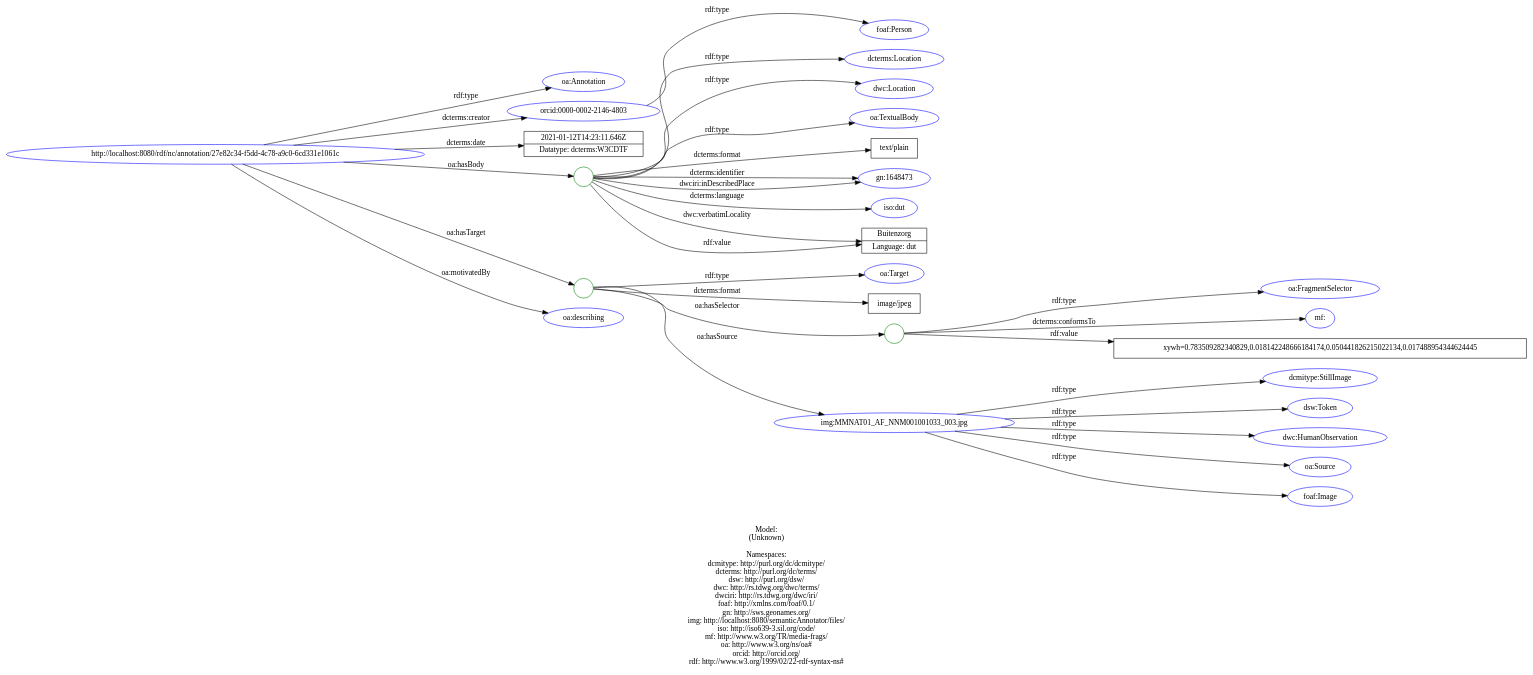
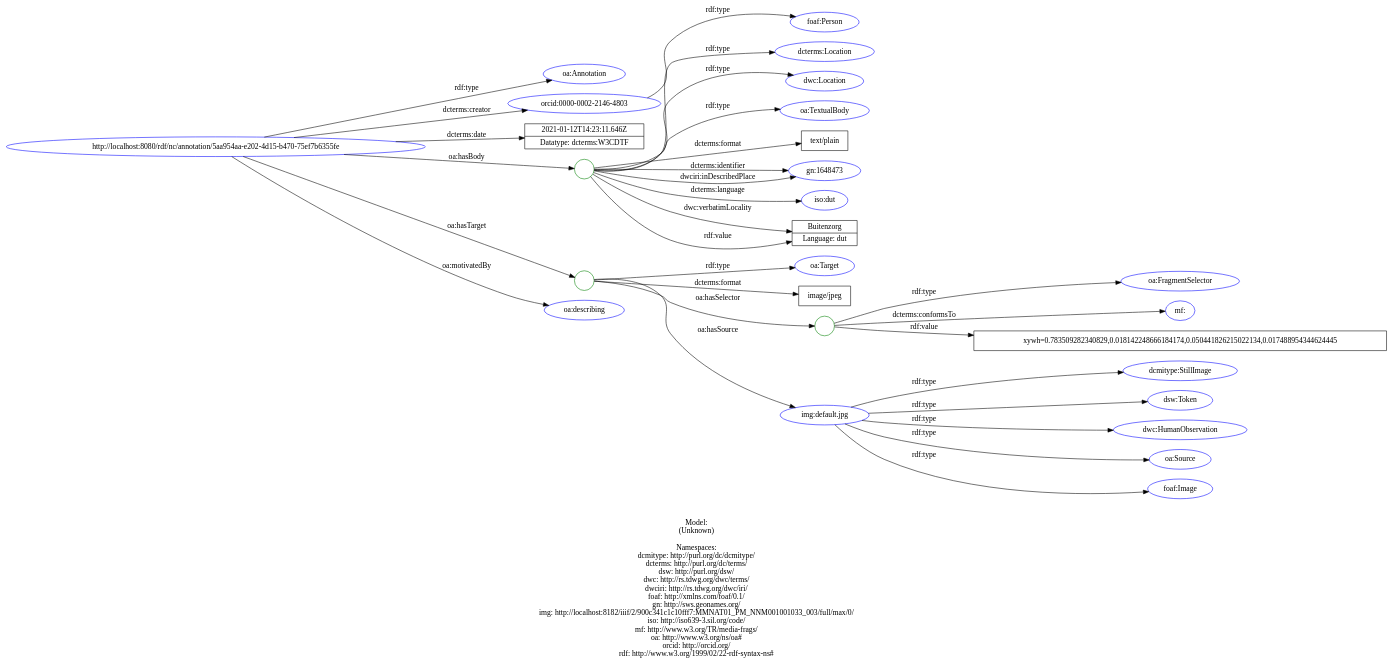
One commit to lisestork/SFB-Annotator changed the diagram in doc/models/example_3_1.dot. Above: the diagram before and after it, drawn with Graphviz. The commit also changed 23 other files, not shown here.

Commit message:
Update RDF graphs & SVG plots.

```diff
--- a/doc/models/example_3_1.dot
+++ b/doc/models/example_3_1.dot
@@ -1,68 +1,68 @@
 digraph {
 	rankdir = LR;
 	charset="utf-8";
 
-	"Rhttp://localhost:8080/rdf/nc/annotation/27e82c34-f5dd-4c78-a9c0-6cd331e1061c" -> "Roa:Annotation" [ label="rdf:type" ];
-	"Rhttp://localhost:8080/rdf/nc/annotation/27e82c34-f5dd-4c78-a9c0-6cd331e1061c" -> "Rorcid:0000-0002-2146-4803" [ label="dcterms:creator" ];
-	"Rhttp://localhost:8080/rdf/nc/annotation/27e82c34-f5dd-4c78-a9c0-6cd331e1061c" -> "L2021-01-12T14:23:11.646Z|Datatype: dcterms:W3CDTF" [ label="dcterms:date" ];
-	"Rhttp://localhost:8080/rdf/nc/annotation/27e82c34-f5dd-4c78-a9c0-6cd331e1061c" -> "B_:node1f0go8rutx13" [ label="oa:hasBody" ];
-	"B_:node1f0go8rutx13" -> "Rdcterms:Location" [ label="rdf:type" ];
-	"B_:node1f0go8rutx13" -> "Rdwc:Location" [ label="rdf:type" ];
-	"B_:node1f0go8rutx13" -> "Roa:TextualBody" [ label="rdf:type" ];
-	"B_:node1f0go8rutx13" -> "Ltext/plain" [ label="dcterms:format" ];
-	"B_:node1f0go8rutx13" -> "Rgn:1648473" [ label="dcterms:identifier" ];
-	"B_:node1f0go8rutx13" -> "Riso:dut" [ label="dcterms:language" ];
-	"B_:node1f0go8rutx13" -> "Rgn:1648473" [ label="dwciri:inDescribedPlace" ];
-	"B_:node1f0go8rutx13" -> "LBuitenzorg|Language: dut" [ label="dwc:verbatimLocality" ];
-	"B_:node1f0go8rutx13" -> "LBuitenzorg|Language: dut" [ label="rdf:value" ];
-	"Rhttp://localhost:8080/rdf/nc/annotation/27e82c34-f5dd-4c78-a9c0-6cd331e1061c" -> "B_:node1f0go8rutx12" [ label="oa:hasTarget" ];
-	"B_:node1f0go8rutx12" -> "Roa:Target" [ label="rdf:type" ];
-	"B_:node1f0go8rutx12" -> "Limage/jpeg" [ label="dcterms:format" ];
-	"B_:node1f0go8rutx12" -> "B_:node1f0go8rutx15" [ label="oa:hasSelector" ];
-	"B_:node1f0go8rutx15" -> "Roa:FragmentSelector" [ label="rdf:type" ];
-	"B_:node1f0go8rutx15" -> "Rmf:" [ label="dcterms:conformsTo" ];
-	"B_:node1f0go8rutx15" -> "Lxywh=0.783509282340829,0.018142248666184174,0.050441826215022134,0.017488954344624445" [ label="rdf:value" ];
-	"B_:node1f0go8rutx12" -> "Rimg:MMNAT01_AF_NNM001001033_003.jpg" [ label="oa:hasSource" ];
-	"Rhttp://localhost:8080/rdf/nc/annotation/27e82c34-f5dd-4c78-a9c0-6cd331e1061c" -> "Roa:describing" [ label="oa:motivatedBy" ];
+	"Rhttp://localhost:8080/rdf/nc/annotation/5aa954aa-e202-4d15-b470-75ef7b6355fe" -> "Roa:Annotation" [ label="rdf:type" ];
+	"Rhttp://localhost:8080/rdf/nc/annotation/5aa954aa-e202-4d15-b470-75ef7b6355fe" -> "Rorcid:0000-0002-2146-4803" [ label="dcterms:creator" ];
+	"Rhttp://localhost:8080/rdf/nc/annotation/5aa954aa-e202-4d15-b470-75ef7b6355fe" -> "L2021-01-12T14:23:11.646Z|Datatype: dcterms:W3CDTF" [ label="dcterms:date" ];
+	"Rhttp://localhost:8080/rdf/nc/annotation/5aa954aa-e202-4d15-b470-75ef7b6355fe" -> "B_:node1f0gq2gelx56" [ label="oa:hasBody" ];
+	"B_:node1f0gq2gelx56" -> "Rdcterms:Location" [ label="rdf:type" ];
+	"B_:node1f0gq2gelx56" -> "Rdwc:Location" [ label="rdf:type" ];
+	"B_:node1f0gq2gelx56" -> "Roa:TextualBody" [ label="rdf:type" ];
+	"B_:node1f0gq2gelx56" -> "Ltext/plain" [ label="dcterms:format" ];
+	"B_:node1f0gq2gelx56" -> "Rgn:1648473" [ label="dcterms:identifier" ];
+	"B_:node1f0gq2gelx56" -> "Riso:dut" [ label="dcterms:language" ];
+	"B_:node1f0gq2gelx56" -> "Rgn:1648473" [ label="dwciri:inDescribedPlace" ];
+	"B_:node1f0gq2gelx56" -> "LBuitenzorg|Language: dut" [ label="dwc:verbatimLocality" ];
+	"B_:node1f0gq2gelx56" -> "LBuitenzorg|Language: dut" [ label="rdf:value" ];
+	"Rhttp://localhost:8080/rdf/nc/annotation/5aa954aa-e202-4d15-b470-75ef7b6355fe" -> "B_:node1f0gq2gelx55" [ label="oa:hasTarget" ];
+	"B_:node1f0gq2gelx55" -> "Roa:Target" [ label="rdf:type" ];
+	"B_:node1f0gq2gelx55" -> "Limage/jpeg" [ label="dcterms:format" ];
+	"B_:node1f0gq2gelx55" -> "B_:node1f0gq2gelx58" [ label="oa:hasSelector" ];
+	"B_:node1f0gq2gelx58" -> "Roa:FragmentSelector" [ label="rdf:type" ];
+	"B_:node1f0gq2gelx58" -> "Rmf:" [ label="dcterms:conformsTo" ];
+	"B_:node1f0gq2gelx58" -> "Lxywh=0.783509282340829,0.018142248666184174,0.050441826215022134,0.017488954344624445" [ label="rdf:value" ];
+	"B_:node1f0gq2gelx55" -> "Rimg:default.jpg" [ label="oa:hasSource" ];
+	"Rhttp://localhost:8080/rdf/nc/annotation/5aa954aa-e202-4d15-b470-75ef7b6355fe" -> "Roa:describing" [ label="oa:motivatedBy" ];
 	"Rorcid:0000-0002-2146-4803" -> "Rfoaf:Person" [ label="rdf:type" ];
-	"Rimg:MMNAT01_AF_NNM001001033_003.jpg" -> "Rdcmitype:StillImage" [ label="rdf:type" ];
-	"Rimg:MMNAT01_AF_NNM001001033_003.jpg" -> "Rdsw:Token" [ label="rdf:type" ];
-	"Rimg:MMNAT01_AF_NNM001001033_003.jpg" -> "Rdwc:HumanObservation" [ label="rdf:type" ];
-	"Rimg:MMNAT01_AF_NNM001001033_003.jpg" -> "Roa:Source" [ label="rdf:type" ];
-	"Rimg:MMNAT01_AF_NNM001001033_003.jpg" -> "Rfoaf:Image" [ label="rdf:type" ];
+	"Rimg:default.jpg" -> "Rdcmitype:StillImage" [ label="rdf:type" ];
+	"Rimg:default.jpg" -> "Rdsw:Token" [ label="rdf:type" ];
+	"Rimg:default.jpg" -> "Rdwc:HumanObservation" [ label="rdf:type" ];
+	"Rimg:default.jpg" -> "Roa:Source" [ label="rdf:type" ];
+	"Rimg:default.jpg" -> "Rfoaf:Image" [ label="rdf:type" ];
 
 	// Resources
-	"Rhttp://localhost:8080/rdf/nc/annotation/27e82c34-f5dd-4c78-a9c0-6cd331e1061c" [ label="http://localhost:8080/rdf/nc/annotation/27e82c34-f5dd-4c78-a9c0-6cd331e1061c", shape = ellipse, color = blue ];
+	"Rhttp://localhost:8080/rdf/nc/annotation/5aa954aa-e202-4d15-b470-75ef7b6355fe" [ label="http://localhost:8080/rdf/nc/annotation/5aa954aa-e202-4d15-b470-75ef7b6355fe", shape = ellipse, color = blue ];
 	"Roa:Annotation" [ label="oa:Annotation", shape = ellipse, color = blue ];
 	"Rorcid:0000-0002-2146-4803" [ label="orcid:0000-0002-2146-4803", shape = ellipse, color = blue ];
 	"Rdcterms:Location" [ label="dcterms:Location", shape = ellipse, color = blue ];
 	"Rdwc:Location" [ label="dwc:Location", shape = ellipse, color = blue ];
 	"Roa:TextualBody" [ label="oa:TextualBody", shape = ellipse, color = blue ];
 	"Rgn:1648473" [ label="gn:1648473", shape = ellipse, color = blue ];
 	"Riso:dut" [ label="iso:dut", shape = ellipse, color = blue ];
 	"Roa:Target" [ label="oa:Target", shape = ellipse, color = blue ];
 	"Roa:FragmentSelector" [ label="oa:FragmentSelector", shape = ellipse, color = blue ];
 	"Rmf:" [ label="mf:", shape = ellipse, color = blue ];
-	"Rimg:MMNAT01_AF_NNM001001033_003.jpg" [ label="img:MMNAT01_AF_NNM001001033_003.jpg", shape = ellipse, color = blue ];
+	"Rimg:default.jpg" [ label="img:default.jpg", shape = ellipse, color = blue ];
 	"Roa:describing" [ label="oa:describing", shape = ellipse, color = blue ];
 	"Rfoaf:Person" [ label="foaf:Person", shape = ellipse, color = blue ];
 	"Rdcmitype:StillImage" [ label="dcmitype:StillImage", shape = ellipse, color = blue ];
 	"Rdsw:Token" [ label="dsw:Token", shape = ellipse, color = blue ];
 	"Rdwc:HumanObservation" [ label="dwc:HumanObservation", shape = ellipse, color = blue ];
 	"Roa:Source" [ label="oa:Source", shape = ellipse, color = blue ];
 	"Rfoaf:Image" [ label="foaf:Image", shape = ellipse, color = blue ];
 
 	// Anonymous nodes
-	"B_:node1f0go8rutx13" [ label="", shape = circle, color = green ];
-	"B_:node1f0go8rutx12" [ label="", shape = circle, color = green ];
-	"B_:node1f0go8rutx15" [ label="", shape = circle, color = green ];
+	"B_:node1f0gq2gelx56" [ label="", shape = circle, color = green ];
+	"B_:node1f0gq2gelx55" [ label="", shape = circle, color = green ];
+	"B_:node1f0gq2gelx58" [ label="", shape = circle, color = green ];
 
 	// Literals
 	"L2021-01-12T14:23:11.646Z|Datatype: dcterms:W3CDTF" [ label="2021-01-12T14:23:11.646Z|Datatype: dcterms:W3CDTF", shape = record ];
 	"Ltext/plain" [ label="text/plain", shape = record ];
 	"LBuitenzorg|Language: dut" [ label="Buitenzorg|Language: dut", shape = record ];
 	"Limage/jpeg" [ label="image/jpeg", shape = record ];
 	"Lxywh=0.783509282340829,0.018142248666184174,0.050441826215022134,0.017488954344624445" [ label="xywh=0.783509282340829,0.018142248666184174,0.050441826215022134,0.017488954344624445", shape = record ];
 
-	label="\n\nModel:\n(Unknown)\n\nNamespaces:\ndcmitype: http://purl.org/dc/dcmitype/\ndcterms: http://purl.org/dc/terms/\ndsw: http://purl.org/dsw/\ndwc: http://rs.tdwg.org/dwc/terms/\ndwciri: http://rs.tdwg.org/dwc/iri/\nfoaf: http://xmlns.com/foaf/0.1/\ngn: http://sws.geonames.org/\nimg: http://localhost:8080/semanticAnnotator/files/\niso: http://iso639-3.sil.org/code/\nmf: http://www.w3.org/TR/media-frags/\noa: http://www.w3.org/ns/oa#\norcid: http://orcid.org/\nrdf: http://www.w3.org/1999/02/22-rdf-syntax-ns#\n";
+	label="\n\nModel:\n(Unknown)\n\nNamespaces:\ndcmitype: http://purl.org/dc/dcmitype/\ndcterms: http://purl.org/dc/terms/\ndsw: http://purl.org/dsw/\ndwc: http://rs.tdwg.org/dwc/terms/\ndwciri: http://rs.tdwg.org/dwc/iri/\nfoaf: http://xmlns.com/foaf/0.1/\ngn: http://sws.geonames.org/\nimg: http://localhost:8182/iiif/2/900c341c1c10fff7:MMNAT01_PM_NNM001001033_003/full/max/0/\niso: http://iso639-3.sil.org/code/\nmf: http://www.w3.org/TR/media-frags/\noa: http://www.w3.org/ns/oa#\norcid: http://orcid.org/\nrdf: http://www.w3.org/1999/02/22-rdf-syntax-ns#\n";
 }
```
